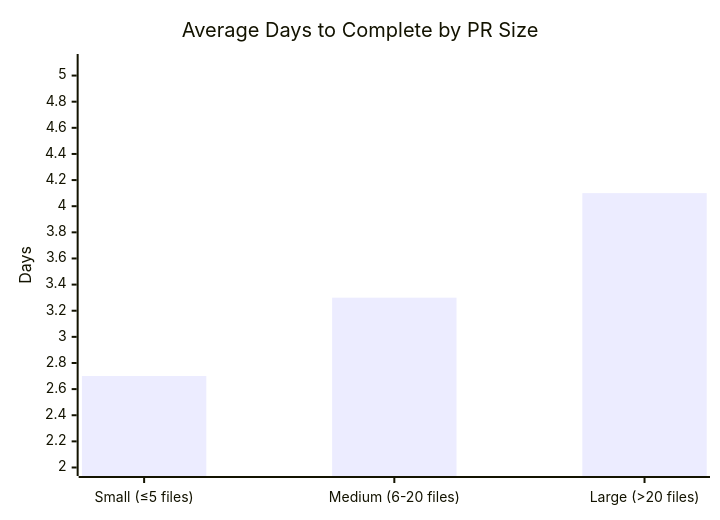
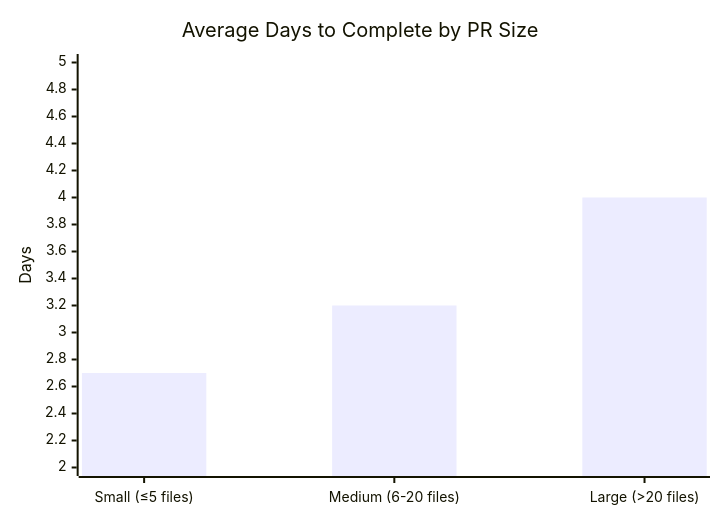
The third of 11 diagrams in docs/contributions.md (microsoft/edge-ai), drawn with Mermaid before and after one commit. The commit also changed other lines of this file and 6 other files, not shown here.

````diff
--- a/docs/contributions.md
+++ b/docs/contributions.md
@@ -56,8 +56,8 @@
 ``` mermaid
 
 xychart-beta
     title "Average Days to Complete by PR Size"
     x-axis ["Small (≤5 files)", "Medium (6-20 files)", "Large (>20 files)"]
-    y-axis "Days" 2 --> 5.1
-    bar [2.7, 3.3, 4.1]
+    y-axis "Days" 2 --> 5
+    bar [2.7, 3.2, 4]
 ```
````
